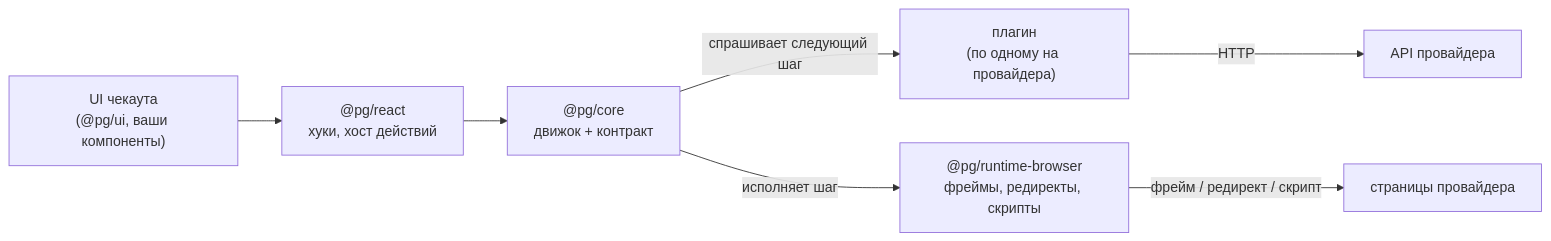
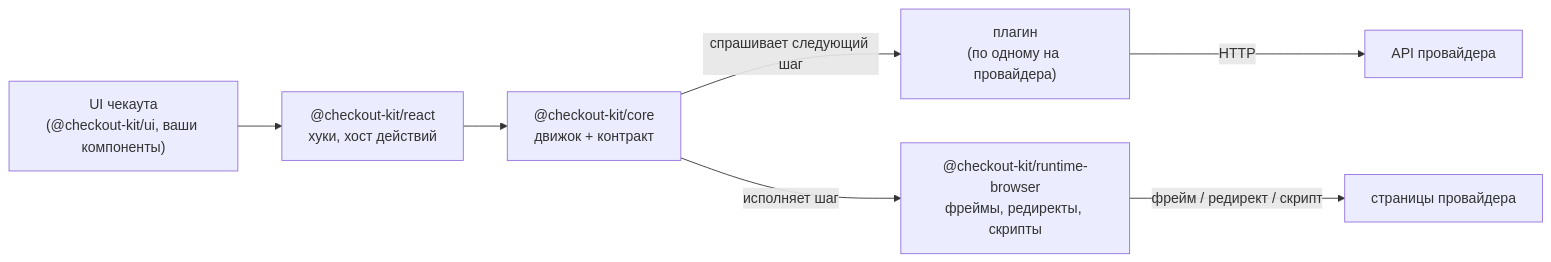
The first of 3 diagrams in docs/architecture.ru.md (themafia98/payment-gateway), drawn with Mermaid before and after one commit. The commit also changed other lines of this file and 102 other files, not shown here.

````diff
--- a/docs/architecture.ru.md
+++ b/docs/architecture.ru.md
@@ -41,9 +41,9 @@
 ```mermaid
 flowchart LR
-    UI["UI чекаута<br/>(@pg/ui, ваши компоненты)"] --> R["@pg/react<br/>хуки, хост действий"]
-    R --> E["@pg/core<br/>движок + контракт"]
+    UI["UI чекаута<br/>(@checkout-kit/ui, ваши компоненты)"] --> R["@checkout-kit/react<br/>хуки, хост действий"]
+    R --> E["@checkout-kit/core<br/>движок + контракт"]
     E -->|"спрашивает следующий шаг"| P["плагин<br/>(по одному на провайдера)"]
-    E -->|"исполняет шаг"| RN["@pg/runtime-browser<br/>фреймы, редиректы, скрипты"]
+    E -->|"исполняет шаг"| RN["@checkout-kit/runtime-browser<br/>фреймы, редиректы, скрипты"]
     P -->|"HTTP"| API["API провайдера"]
     RN -->|"фрейм / редирект / скрипт"| BANK["страницы провайдера"]
 ```
````
